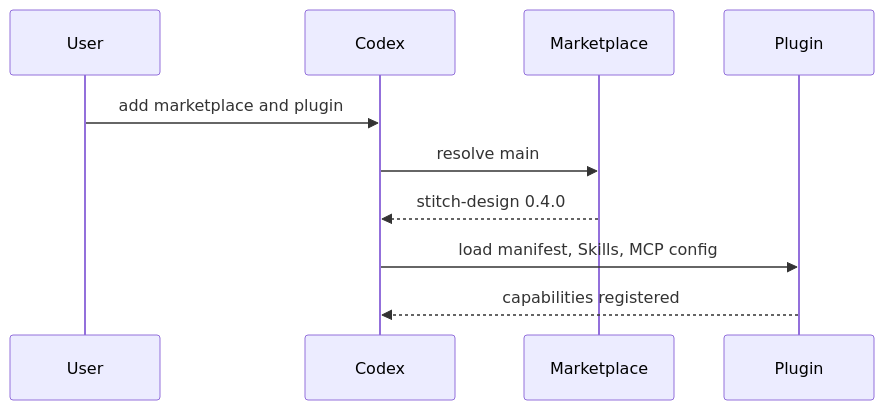
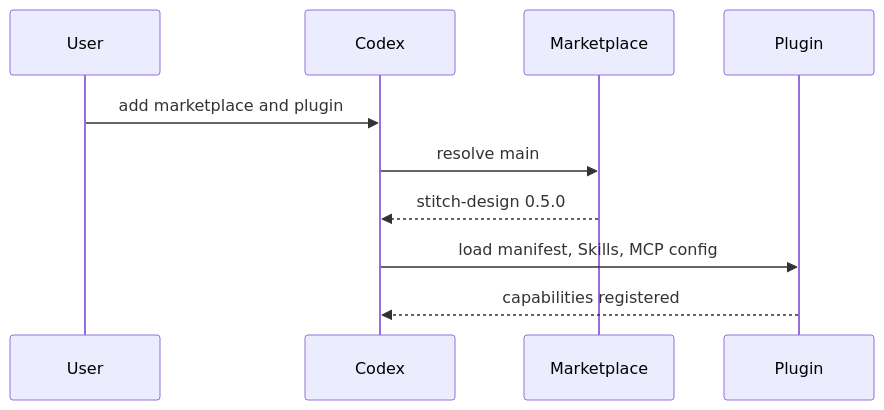
Before and after one commit to full-stack-plugins/stitch-design-plugin: the seventh of 11 diagrams in docs/Stitch-Design-Architecture.md, drawn with Mermaid. The commit also changed other lines of this file and 9 other files, not shown here.

````diff
--- a/docs/Stitch-Design-Architecture.md
+++ b/docs/Stitch-Design-Architecture.md
@@ -156,12 +158,12 @@
 ```mermaid
 sequenceDiagram
     participant U as User
     participant C as Codex
     participant M as Marketplace
     participant P as Plugin
     U->>C: add marketplace and plugin
     C->>M: resolve main
-    M-->>C: stitch-design 0.4.0
+    M-->>C: stitch-design 0.5.0
     C->>P: load manifest, Skills, MCP config
     P-->>C: capabilities registered
 ```
````
